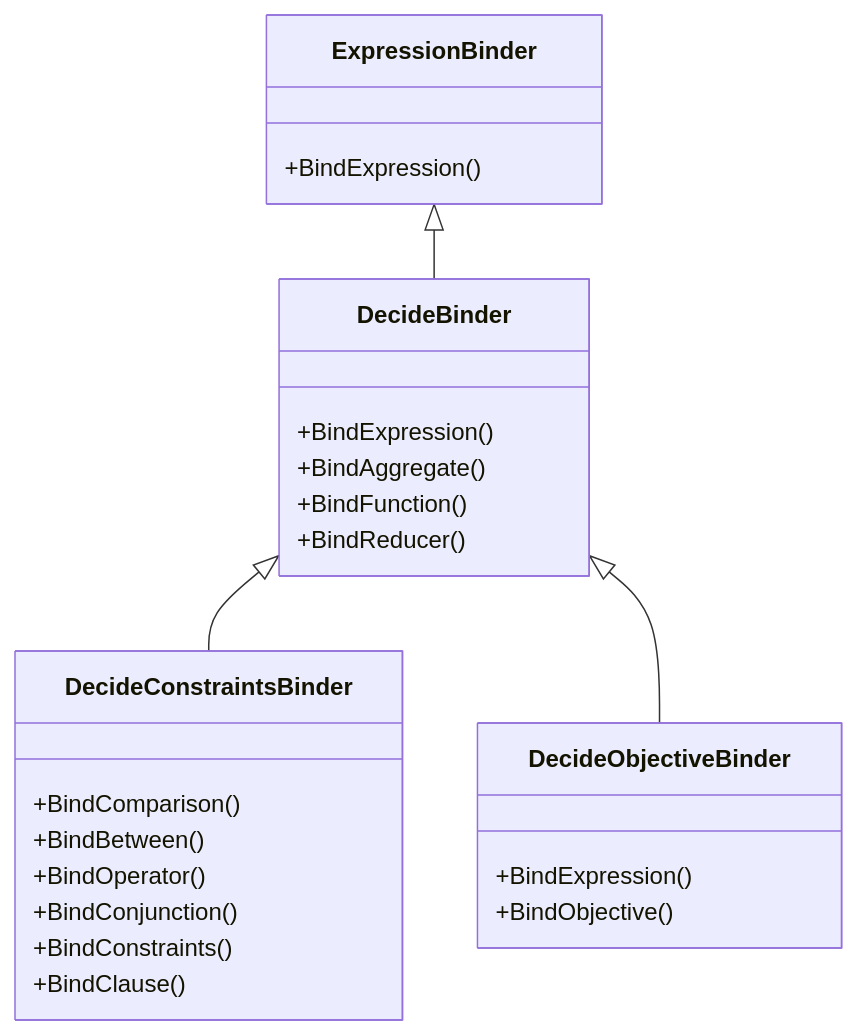
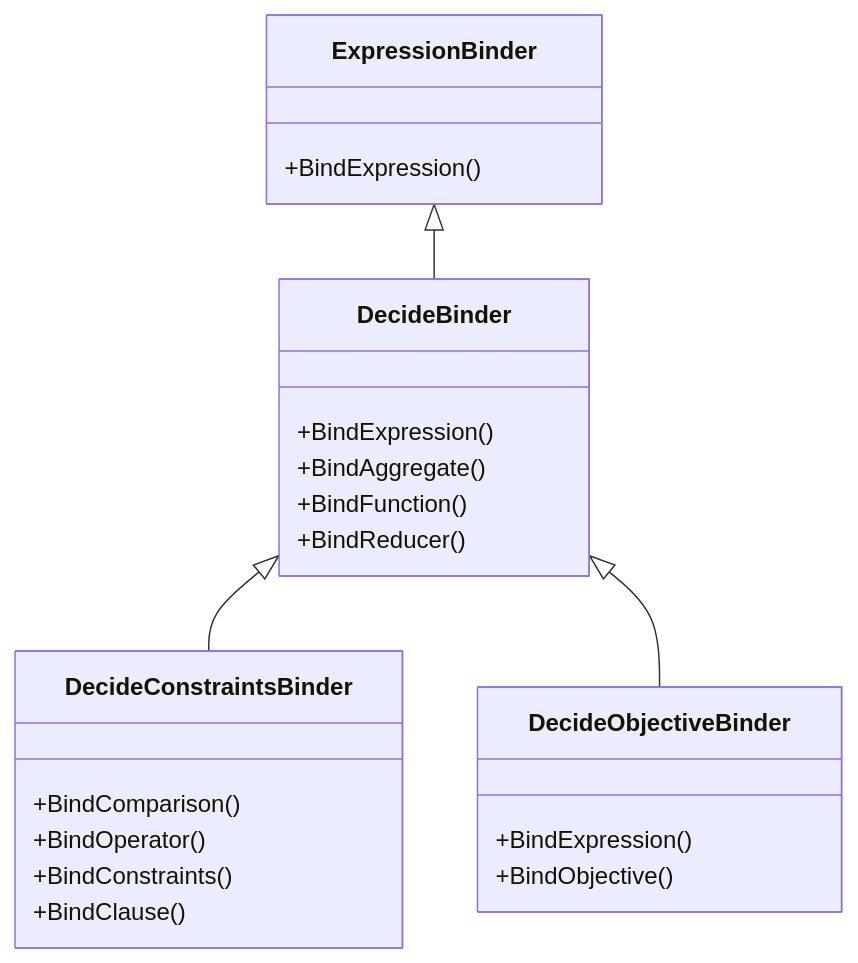
The first of 2 diagrams in context/docs/pipeline/code_structure.md (huda-lab/decidb), drawn with Mermaid before and after one commit. The commit also changed other lines of this file and 16 other files, not shown here.

````diff
--- a/context/docs/pipeline/code_structure.md
+++ b/context/docs/pipeline/code_structure.md
@@ -134,28 +133,26 @@
 ```mermaid
 classDiagram
     class ExpressionBinder {
         +BindExpression()
     }
     class DecideBinder {
         +BindExpression()
         +BindAggregate()
         +BindFunction()
         +BindReducer()
     }
     class DecideConstraintsBinder {
         +BindComparison()
-        +BindBetween()
         +BindOperator()
-        +BindConjunction()
         +BindConstraints()
         +BindClause()
     }
     class DecideObjectiveBinder {
         +BindExpression()
         +BindObjective()
     }
 
     ExpressionBinder <|-- DecideBinder
     DecideBinder <|-- DecideConstraintsBinder
     DecideBinder <|-- DecideObjectiveBinder
 ```
````
